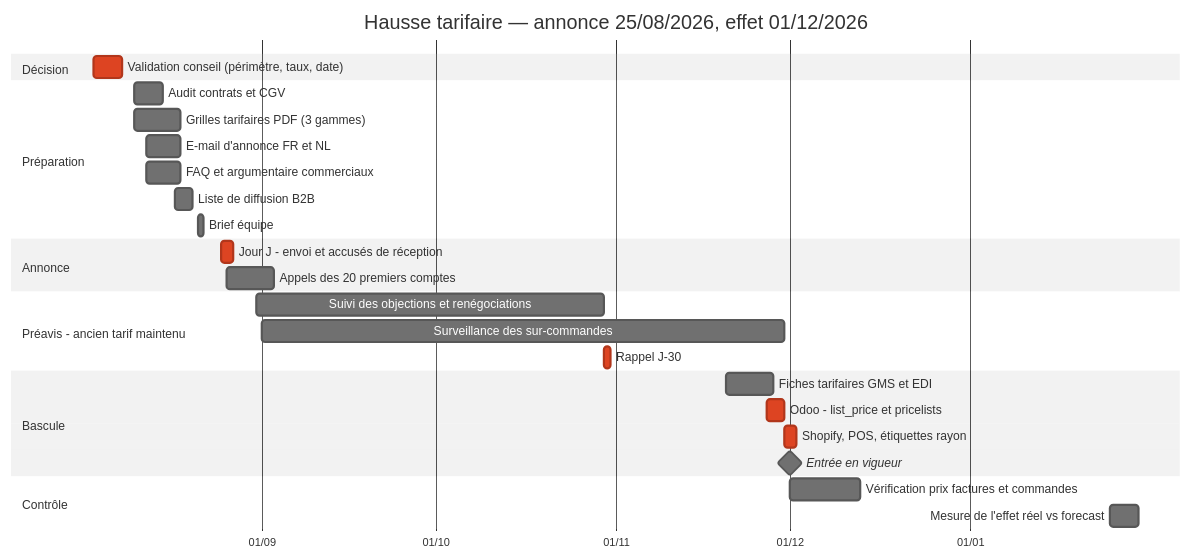
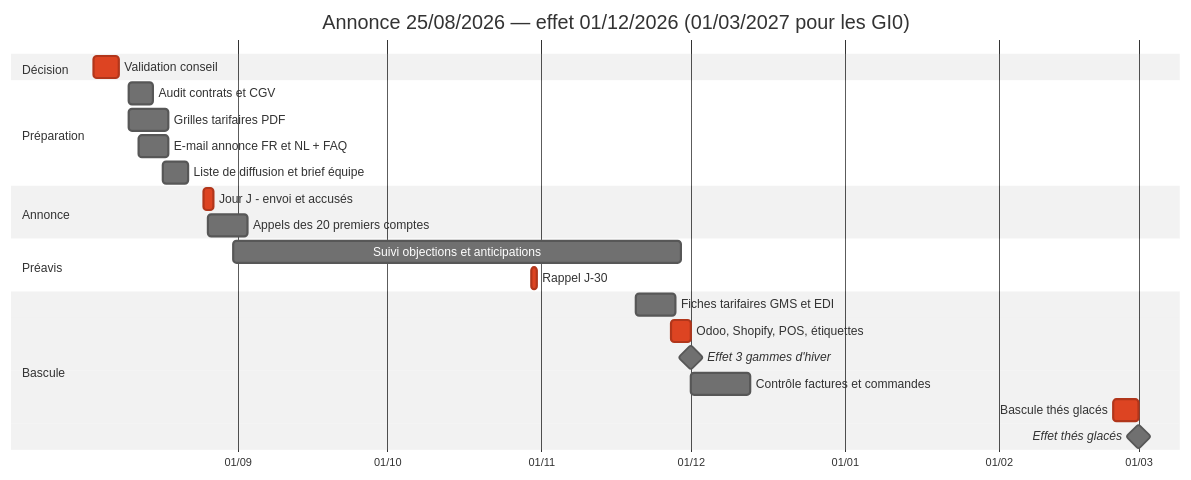
One commit to Nira-Solutions/Teatower-Planning changed the diagram in Hausse_Tarifaire_2026_Plan_Forecast.md. Above: the diagram before and after it, drawn with Mermaid (neutral theme). The commit also changed other lines of this file, not shown here.

First line of the commit message:
Hausse tarifaire : version condensee (8 points, fin au Gantt)

````diff
--- a/Hausse_Tarifaire_2026_Plan_Forecast.md
+++ b/Hausse_Tarifaire_2026_Plan_Forecast.md
@@ -217,30 +123,26 @@
 ```mermaid
 gantt
-    title Hausse tarifaire — annonce 25/08/2026, effet 01/12/2026
+    title Annonce 25/08/2026 — effet 01/12/2026 (01/03/2027 pour les GI0)
     dateFormat YYYY-MM-DD
     axisFormat %d/%m
     section Décision
-    Validation conseil (périmètre, taux, date)   :crit, dec1, 2026-08-03, 5d
+    Validation conseil                        :crit, 2026-08-03, 5d
     section Préparation
-    Audit contrats et CGV                        :prep1, 2026-08-10, 5d
-    Grilles tarifaires PDF (3 gammes)            :prep2, 2026-08-10, 8d
-    E-mail d'annonce FR et NL                    :prep3, 2026-08-12, 6d
-    FAQ et argumentaire commerciaux              :prep4, 2026-08-12, 6d
-    Liste de diffusion B2B                       :prep5, 2026-08-17, 3d
-    Brief équipe                                 :prep6, 2026-08-21, 1d
+    Audit contrats et CGV                     :2026-08-10, 5d
+    Grilles tarifaires PDF                    :2026-08-10, 8d
+    E-mail annonce FR et NL + FAQ             :2026-08-12, 6d
+    Liste de diffusion et brief équipe        :2026-08-17, 5d
     section Annonce
-    Jour J - envoi et accusés de réception       :crit, ann1, 2026-08-25, 2d
-    Appels des 20 premiers comptes               :ann2, 2026-08-26, 8d
-    section Préavis - ancien tarif maintenu
-    Suivi des objections et renégociations       :pre1, 2026-08-31, 60d
-    Surveillance des sur-commandes               :pre2, 2026-09-01, 90d
-    Rappel J-30                                  :crit, pre3, 2026-10-30, 1d
+    Jour J - envoi et accusés                 :crit, 2026-08-25, 2d
+    Appels des 20 premiers comptes            :2026-08-26, 8d
+    section Préavis
+    Suivi objections et anticipations         :2026-08-31, 90d
+    Rappel J-30                               :crit, 2026-10-30, 1d
     section Bascule
-    Fiches tarifaires GMS et EDI                 :bas3, 2026-11-20, 8d
-    Odoo - list_price et pricelists              :crit, bas1, 2026-11-27, 3d
-    Shopify, POS, étiquettes rayon               :crit, bas2, 2026-11-30, 2d
-    Entrée en vigueur                            :milestone, 2026-12-01, 0d
-    section Contrôle
-    Vérification prix factures et commandes      :ctrl1, 2026-12-01, 12d
-    Mesure de l'effet réel vs forecast           :ctrl2, 2027-01-25, 5d
+    Fiches tarifaires GMS et EDI              :2026-11-20, 8d
+    Odoo, Shopify, POS, étiquettes            :crit, 2026-11-27, 4d
+    Effet 3 gammes d'hiver                    :milestone, 2026-12-01, 0d
+    Contrôle factures et commandes            :2026-12-01, 12d
+    Bascule thés glacés                       :crit, 2027-02-24, 5d
+    Effet thés glacés                         :milestone, 2027-03-01, 0d
 ```
````
